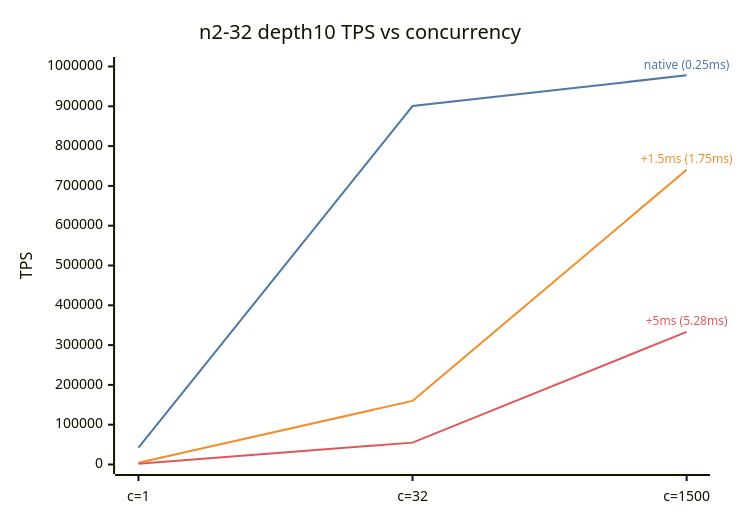
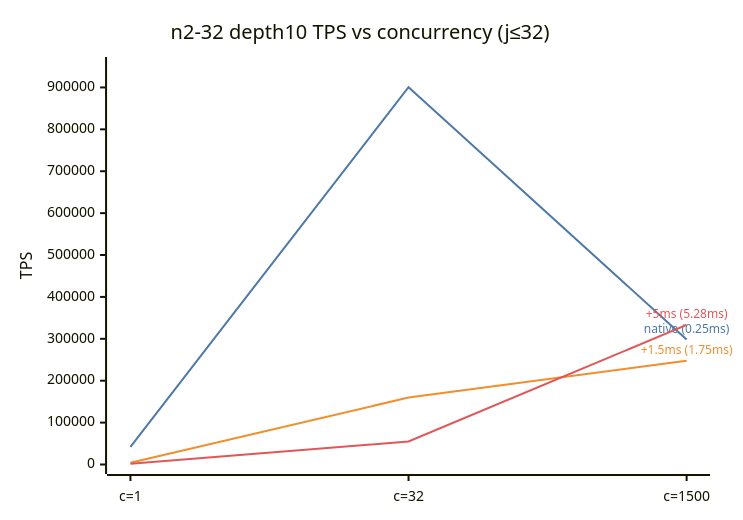
Diagram 58 of 59 in RESULTS.md (SpareCores/sc-db-benchmark-tmp), drawn with Mermaid before and after one commit. The commit also changed other lines of this file, not shown here.

````diff
--- a/RESULTS.md
+++ b/RESULTS.md
@@ -2192,15 +2192,15 @@
 ```mermaid
 ---
 config:
   themeVariables:
     xyChart:
       plotColorPalette: "#4e79a7, #f28e2b, #e15759"
 ---
 xychart-beta
-    title "n2-32 depth10 TPS vs concurrency"
+    title "n2-32 depth10 TPS vs concurrency (j≤32)"
     x-axis ["c=1", "c=32", "c=1500"]
-    y-axis "TPS" 0 --> 1000000
-    line "native (0.25ms)" [42131, 900631, 977796 "native (0.25ms)"]
-    line "+1.5ms (1.75ms)" [4243, 159743, 740577 "+1.5ms (1.75ms)"]
+    y-axis "TPS" 0 --> 950000
+    line "native (0.25ms)" [42131, 900631, 298404 "native (0.25ms)"]
+    line "+1.5ms (1.75ms)" [4243, 159743, 247659 "+1.5ms (1.75ms)"]
     line "+5ms (5.28ms)" [1676, 54931, 333194 "+5ms (5.28ms)"]
 ```
````
